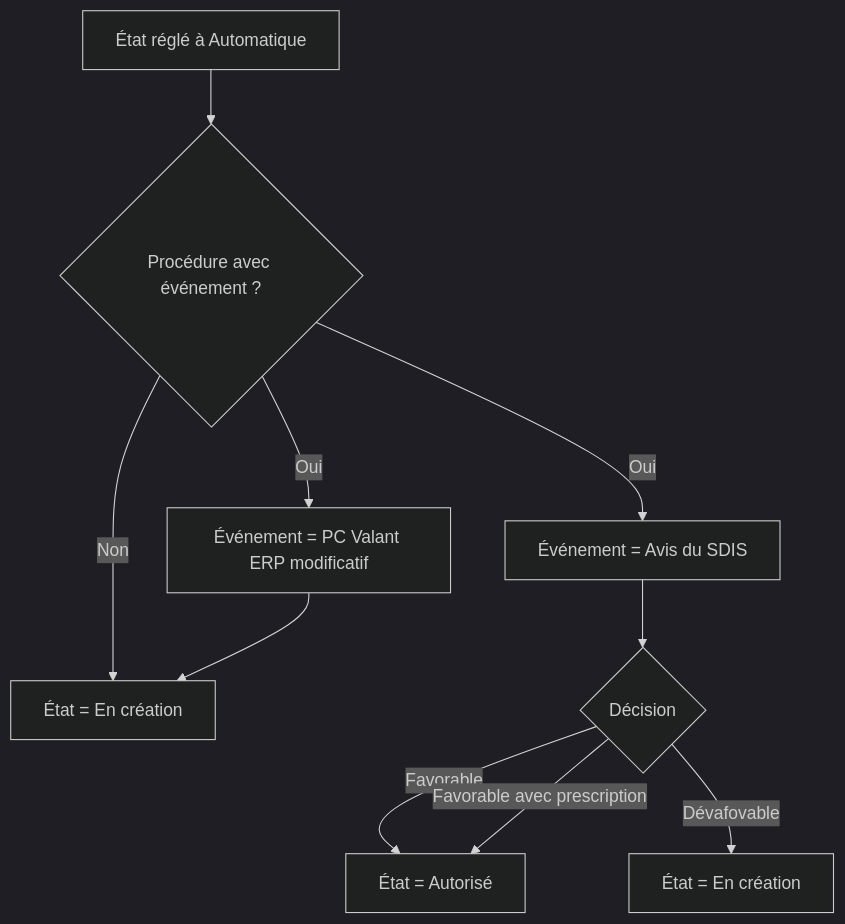
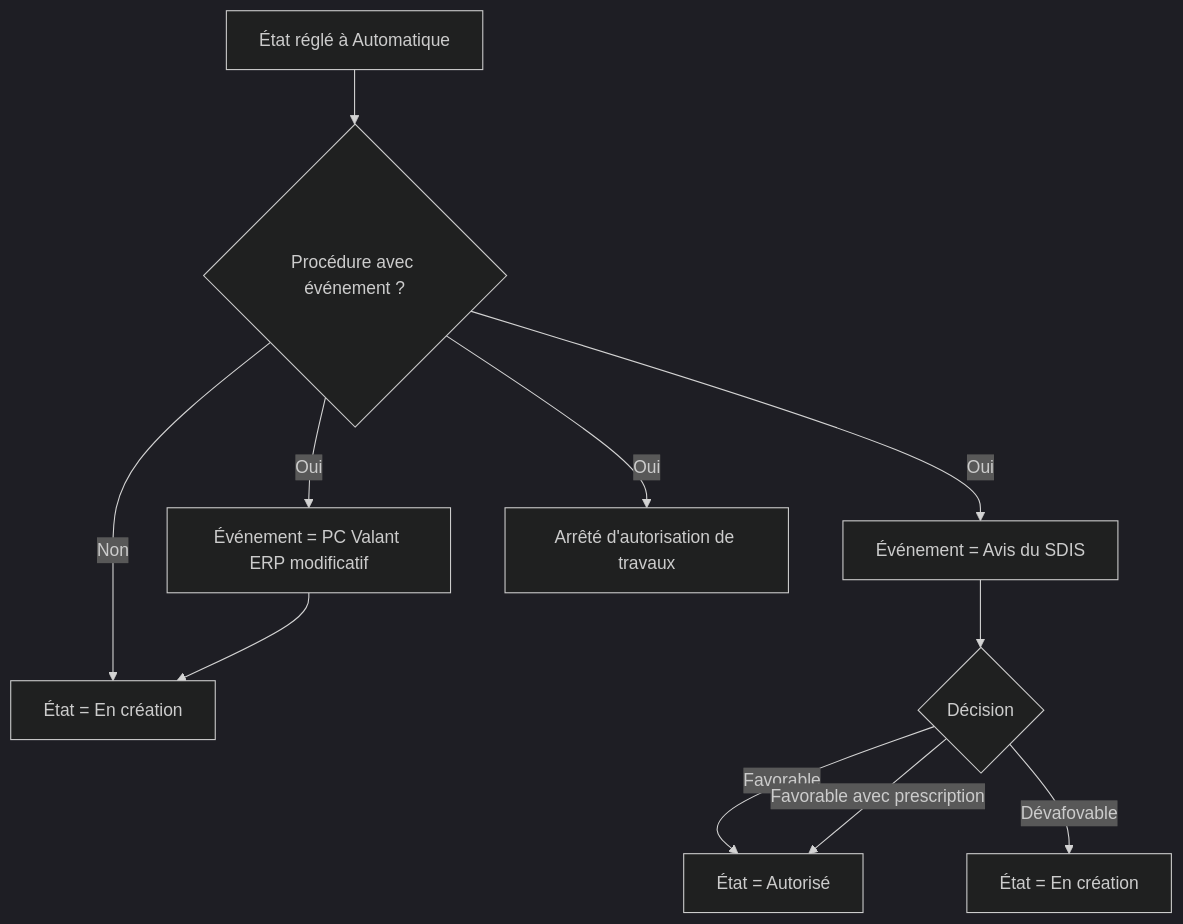
One commit to sigagglocompiegne/erp changed the third of 3 diagrams in doc/doc_fonc_bd_erp.md. Above: the diagram before and after it, drawn with Mermaid (dark theme).

````diff
--- a/doc/doc_fonc_bd_erp.md
+++ b/doc/doc_fonc_bd_erp.md
@@ -59,11 +59,12 @@
 ```mermaid
 flowchart TD
     A[État réglé à Automatique] --> B{Procédure avec événement ?}
     B -->|Non| C[État = En création]
     B -->|Oui| D[Événement = PC Valant ERP modificatif] --> C
     B -->|Oui| E[Événement = Avis du SDIS]
     E --> F{Décision}
     F -->|Favorable| G[État = Autorisé]
     F -->|Favorable avec prescription| G
     F -->|Dévafovable| H[État = En création]
+    B -->|Oui| I[Arrêté d'autorisation de travaux]
 ```
````
